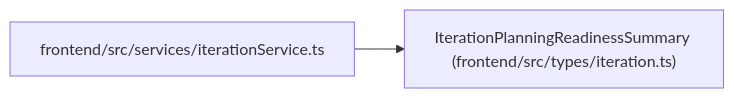
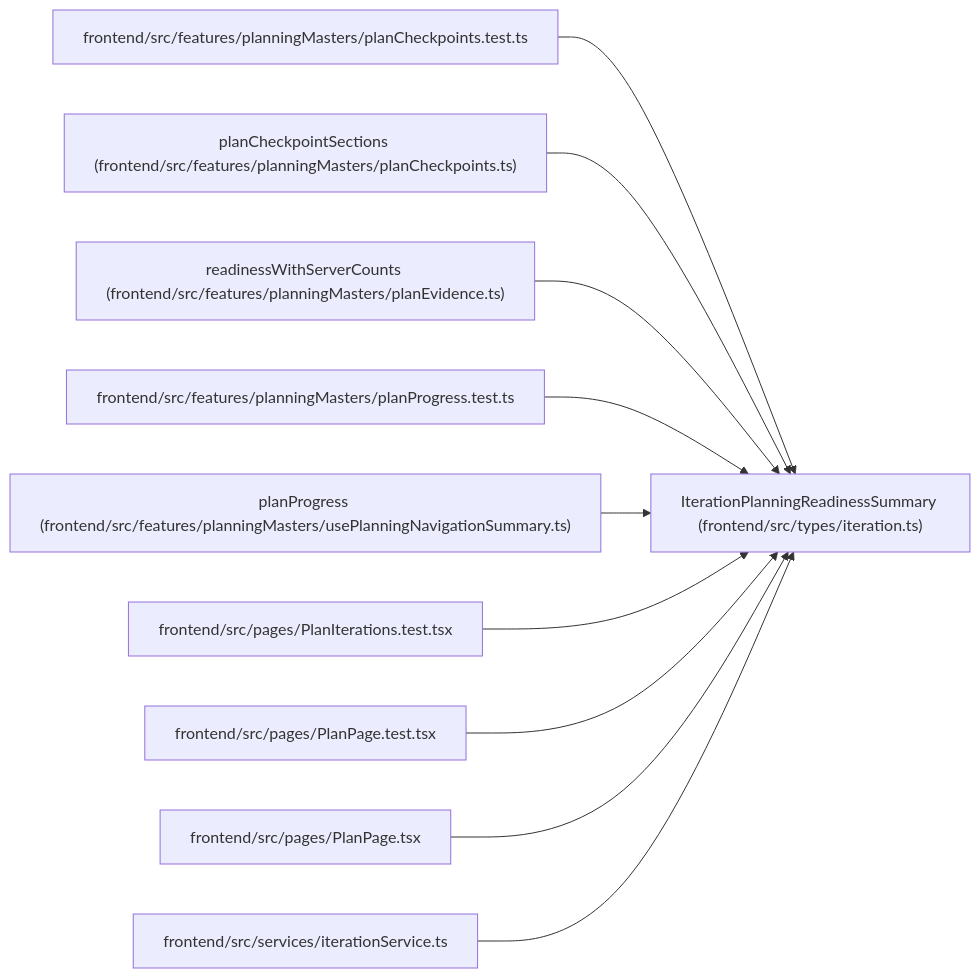
Before and after one commit to Denissvgn/WorkChord: the diagram in docs/llm_wiki/entities/types_iteration_IterationPlanningReadinessSummary.md, drawn with Mermaid. The commit also changed other lines of this file and 2373 other files, not shown here.

````diff
--- a/docs/llm_wiki/entities/types_iteration_IterationPlanningReadinessSummary.md
+++ b/docs/llm_wiki/entities/types_iteration_IterationPlanningReadinessSummary.md
@@ -40,8 +41,32 @@
 ```mermaid
 flowchart LR
     n0["IterationPlanningReadinessSummary (frontend/src/types/iteration.ts)"]
-    n1["frontend/src/services/iterationService.ts"]
+    n1["frontend/src/features/planningMasters/planCheckpoints.test.ts"]
+    n2["planCheckpointSections (frontend/src/features/planningMasters/planCheckpoints.ts)"]
+    n3["readinessWithServerCounts (frontend/src/features/planningMasters/planEvidence.ts)"]
+    n4["frontend/src/features/planningMasters/planProgress.test.ts"]
+    n5["planProgress (frontend/src/features/planningMasters/usePlanningNavigationSummary.ts)"]
+    n6["frontend/src/pages/PlanIterations.test.tsx"]
+    n7["frontend/src/pages/PlanPage.test.tsx"]
+    n8["frontend/src/pages/PlanPage.tsx"]
+    n9["frontend/src/services/iterationService.ts"]
     n1 --> n0
+    n2 --> n0
+    n3 --> n0
+    n4 --> n0
+    n5 --> n0
+    n6 --> n0
+    n7 --> n0
+    n8 --> n0
+    n9 --> n0
     click n0 "../modules/types_iteration.md"
-    click n1 "../modules/iterationService.md"
+    click n1 "../modules/planCheckpoints.test.md"
+    click n2 "../modules/planCheckpoints.md"
+    click n3 "../modules/planEvidence.md"
+    click n4 "../modules/planProgress.test.md"
+    click n5 "../modules/usePlanningNavigationSummary.md"
+    click n6 "../modules/PlanIterations.test.md"
+    click n7 "../modules/PlanPage.test.md"
+    click n8 "../modules/PlanPage.md"
+    click n9 "../modules/iterationService.md"
 ```
````
